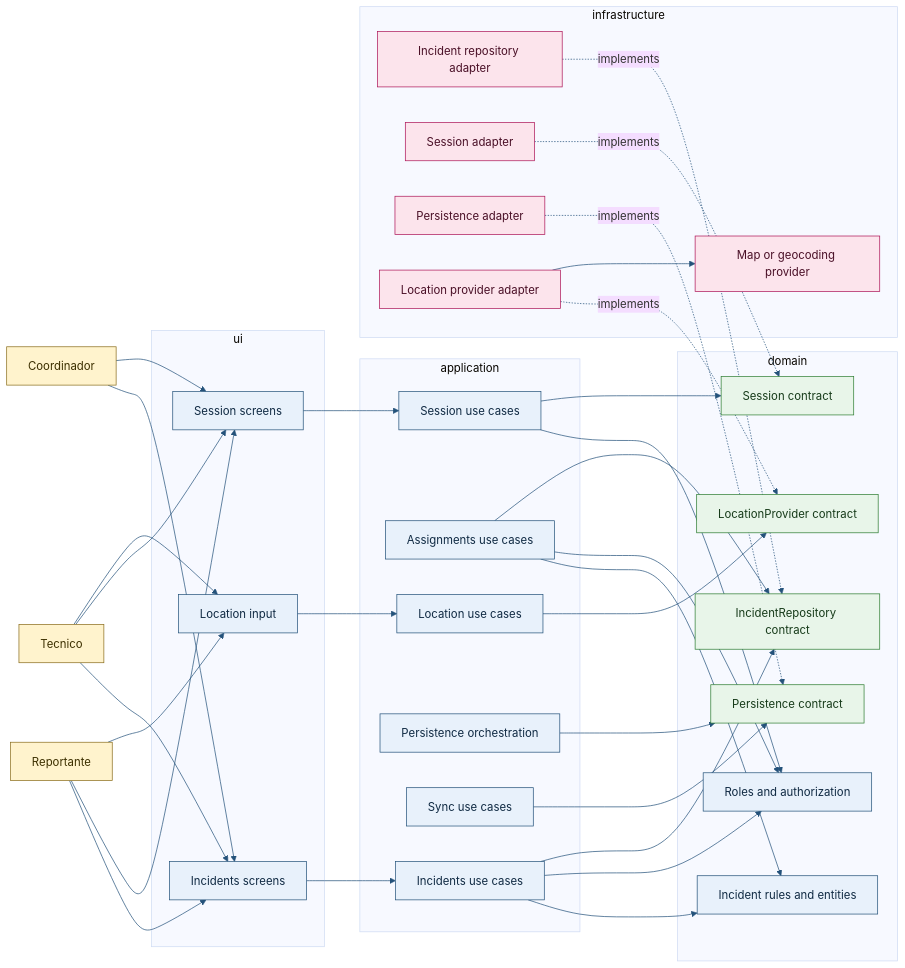
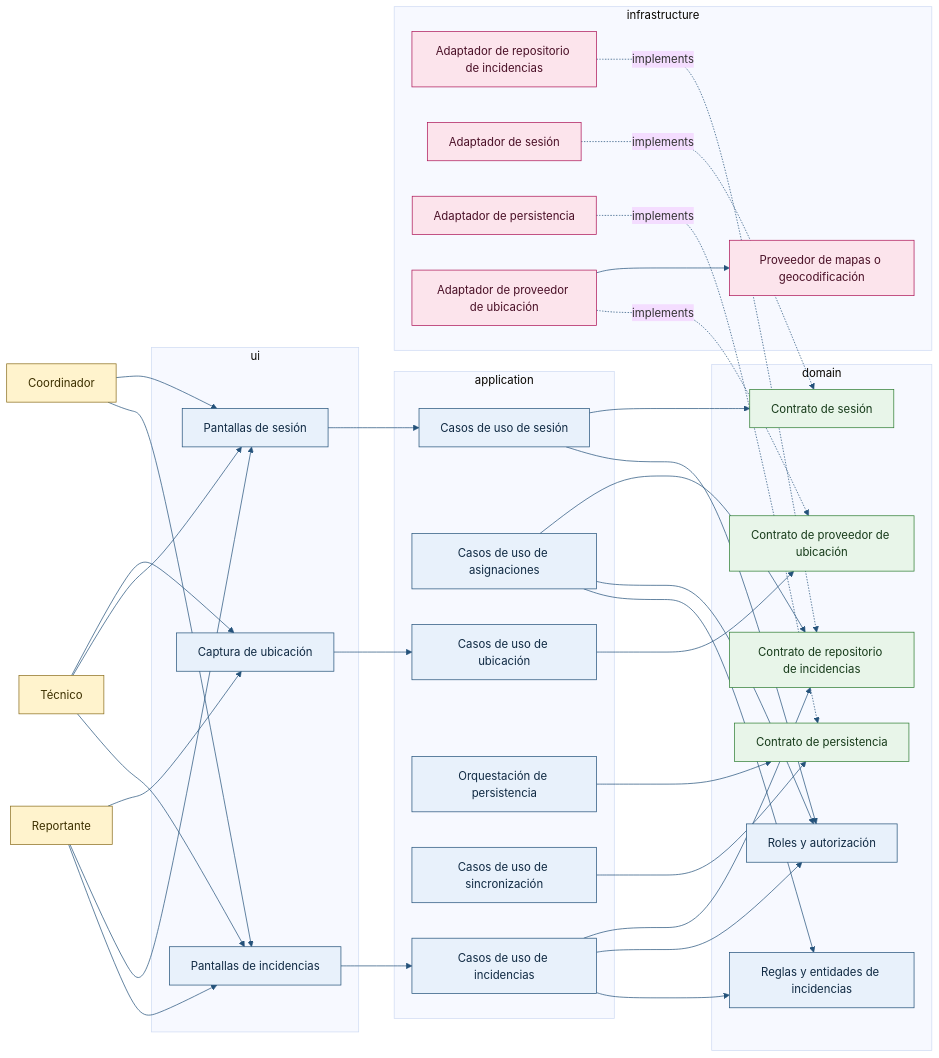
One commit to FernanRM7/Expo-AFK changed the diagram in docs/architecture.mmd. Above: the diagram before and after it, drawn with Mermaid (base theme).

Commit message:
docs: traducir diagrama de arquitectura

```diff
--- a/docs/architecture.mmd
+++ b/docs/architecture.mmd
@@ -1,78 +1,78 @@
 flowchart LR
   reportante["Reportante"]
-  tecnico["Tecnico"]
+  tecnico["Técnico"]
   coordinador["Coordinador"]
 
   subgraph ui["ui"]
-    incidentsUI["Incidents screens"]
-    sessionUI["Session screens"]
-    locationUI["Location input"]
+    incidentsUI["Pantallas de incidencias"]
+    sessionUI["Pantallas de sesión"]
+    locationUI["Captura de ubicación"]
   end
 
   subgraph application["application"]
-    incidentsApp["Incidents use cases"]
-    assignmentsApp["Assignments use cases"]
-    sessionApp["Session use cases"]
-    persistenceApp["Persistence orchestration"]
-    syncApp["Sync use cases"]
-    locationApp["Location use cases"]
+    incidentsApp["Casos de uso de incidencias"]
+    assignmentsApp["Casos de uso de asignaciones"]
+    sessionApp["Casos de uso de sesión"]
+    persistenceApp["Orquestación de persistencia"]
+    syncApp["Casos de uso de sincronización"]
+    locationApp["Casos de uso de ubicación"]
   end
 
   subgraph domain["domain"]
-    incidentRules["Incident rules and entities"]
-    accessRules["Roles and authorization"]
-    incidentPorts["IncidentRepository contract"]
-    sessionPort["Session contract"]
-    persistencePort["Persistence contract"]
-    locationPort["LocationProvider contract"]
+    incidentRules["Reglas y entidades de incidencias"]
+    accessRules["Roles y autorización"]
+    incidentPorts["Contrato de repositorio de incidencias"]
+    sessionPort["Contrato de sesión"]
+    persistencePort["Contrato de persistencia"]
+    locationPort["Contrato de proveedor de ubicación"]
   end
 
   subgraph infrastructure["infrastructure"]
-    incidentAdapter["Incident repository adapter"]
-    sessionAdapter["Session adapter"]
-    persistenceAdapter["Persistence adapter"]
-    locationAdapter["Location provider adapter"]
-    externalProvider["Map or geocoding provider"]
+    incidentAdapter["Adaptador de repositorio de incidencias"]
+    sessionAdapter["Adaptador de sesión"]
+    persistenceAdapter["Adaptador de persistencia"]
+    locationAdapter["Adaptador de proveedor de ubicación"]
+    externalProvider["Proveedor de mapas o geocodificación"]
   end
 
   reportante --> incidentsUI
   tecnico --> incidentsUI
   coordinador --> incidentsUI
   reportante --> sessionUI
   tecnico --> sessionUI
   coordinador --> sessionUI
   reportante --> locationUI
   tecnico --> locationUI
 
   incidentsUI --> incidentsApp
   sessionUI --> sessionApp
   locationUI --> locationApp
 
   incidentsApp --> incidentRules
   incidentsApp --> accessRules
   incidentsApp --> incidentPorts
   assignmentsApp --> incidentRules
   assignmentsApp --> accessRules
   assignmentsApp --> incidentPorts
   sessionApp --> accessRules
   sessionApp --> sessionPort
   persistenceApp --> persistencePort
   syncApp --> persistencePort
   locationApp --> locationPort
 
   incidentAdapter -. implements .-> incidentPorts
   sessionAdapter -. implements .-> sessionPort
   persistenceAdapter -. implements .-> persistencePort
   locationAdapter -. implements .-> locationPort
   locationAdapter --> externalProvider
 
   classDef actor fill:#fff3cd,stroke:#8a6d1d,color:#3d3000
   classDef layer fill:#e8f1fb,stroke:#24527a,color:#102a43
   classDef contract fill:#e8f5e9,stroke:#2e7d32,color:#173b1a
   classDef adapter fill:#fce4ec,stroke:#ad1457,color:#4a1027
   class reportante,tecnico,coordinador actor
   class incidentsUI,sessionUI,locationUI,incidentsApp,assignmentsApp,sessionApp,persistenceApp,syncApp,locationApp,incidentRules,accessRules layer
   class incidentPorts,sessionPort,persistencePort,locationPort contract
   class incidentAdapter,sessionAdapter,persistenceAdapter,locationAdapter,externalProvider adapter
 
   linkStyle 0,1,2,3,4,5,6,7,8,9,10,11,12,13,14,15,16,17,18,19,20,21,22,23,24,25,26 stroke:#24527a
```
